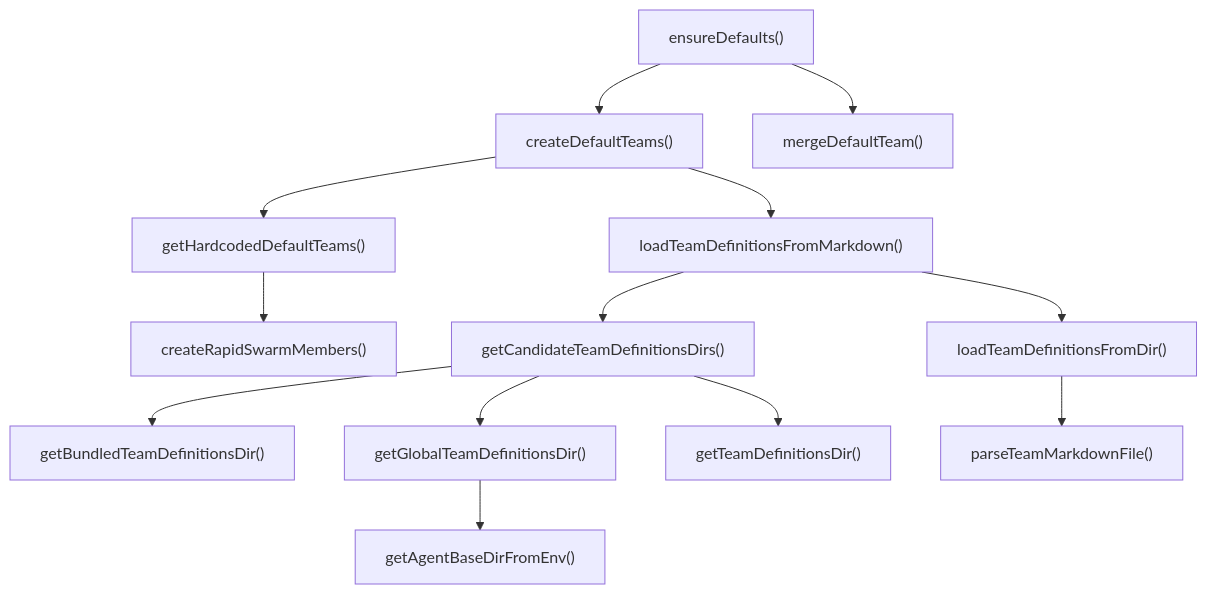
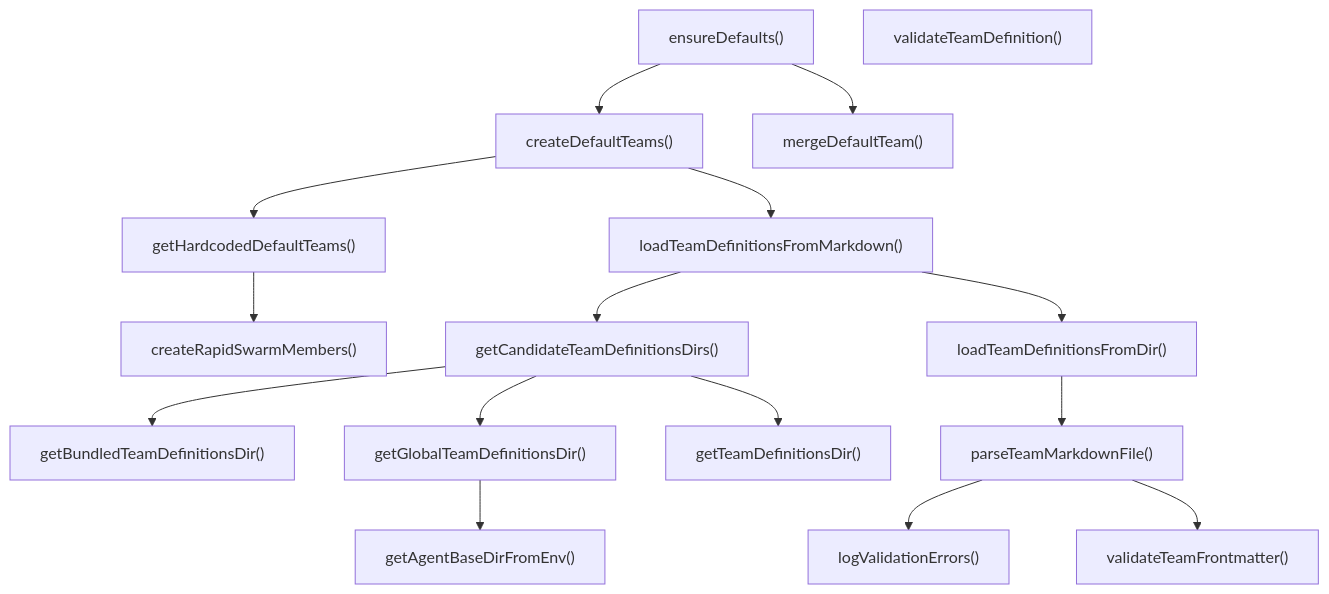
One commit to Mekann2904/mekann changed the third of 4 diagrams in ABDD/.pi/extensions/agent-teams/definition-loader.md. Above: the diagram before and after it, drawn with Mermaid. The commit also changed other lines of this file and 205 other files, not shown here.

````diff
--- a/ABDD/.pi/extensions/agent-teams/definition-loader.md
+++ b/ABDD/.pi/extensions/agent-teams/definition-loader.md
@@ -61,28 +73,33 @@
 ```mermaid
 flowchart TD
   createDefaultTeams["createDefaultTeams()"]
   createRapidSwarmMembers["createRapidSwarmMembers()"]
   ensureDefaults["ensureDefaults()"]
   getAgentBaseDirFromEnv["getAgentBaseDirFromEnv()"]
   getBundledTeamDefinitionsDir["getBundledTeamDefinitionsDir()"]
   getCandidateTeamDefinitionsDirs["getCandidateTeamDefinitionsDirs()"]
   getGlobalTeamDefinitionsDir["getGlobalTeamDefinitionsDir()"]
   getHardcodedDefaultTeams["getHardcodedDefaultTeams()"]
   getTeamDefinitionsDir["getTeamDefinitionsDir()"]
   loadTeamDefinitionsFromDir["loadTeamDefinitionsFromDir()"]
   loadTeamDefinitionsFromMarkdown["loadTeamDefinitionsFromMarkdown()"]
+  logValidationErrors["logValidationErrors()"]
   mergeDefaultTeam["mergeDefaultTeam()"]
   parseTeamMarkdownFile["parseTeamMarkdownFile()"]
+  validateTeamDefinition["validateTeamDefinition()"]
+  validateTeamFrontmatter["validateTeamFrontmatter()"]
   createDefaultTeams --> getHardcodedDefaultTeams
   createDefaultTeams --> loadTeamDefinitionsFromMarkdown
   ensureDefaults --> createDefaultTeams
   ensureDefaults --> mergeDefaultTeam
   getCandidateTeamDefinitionsDirs --> getBundledTeamDefinitionsDir
   getCandidateTeamDefinitionsDirs --> getGlobalTeamDefinitionsDir
   getCandidateTeamDefinitionsDirs --> getTeamDefinitionsDir
   getGlobalTeamDefinitionsDir --> getAgentBaseDirFromEnv
   getHardcodedDefaultTeams --> createRapidSwarmMembers
   loadTeamDefinitionsFromDir --> parseTeamMarkdownFile
   loadTeamDefinitionsFromMarkdown --> getCandidateTeamDefinitionsDirs
   loadTeamDefinitionsFromMarkdown --> loadTeamDefinitionsFromDir
+  parseTeamMarkdownFile --> logValidationErrors
+  parseTeamMarkdownFile --> validateTeamFrontmatter
 ```
````
